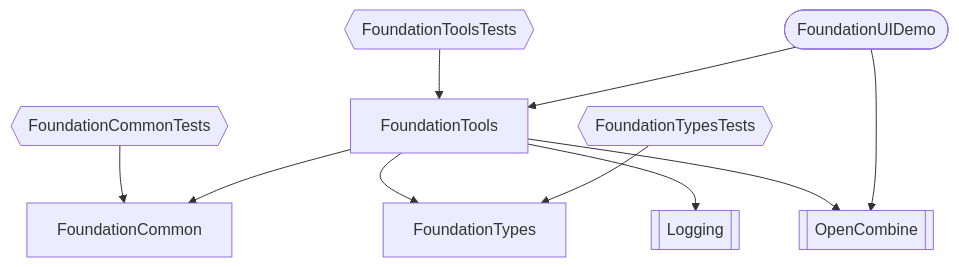
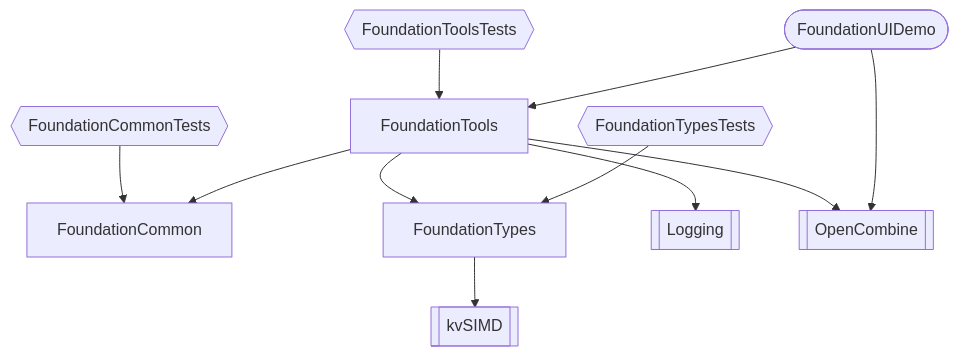
One commit to kopecn/spmFoundationTools changed the diagram in readme.md. Above: the diagram before and after it, drawn with Mermaid.

Commit message:
updating mermaid

````diff
--- a/readme.md
+++ b/readme.md
@@ -8,14 +8,14 @@
 ```mermaid
 flowchart TD
     FoundationCommon
     FoundationCommonTests{{FoundationCommonTests}}-->FoundationCommon
     FoundationTools-->FoundationCommon
     FoundationTools-->FoundationTypes
     FoundationTools-->Logging[[Logging]]
     FoundationTools-->OpenCombine[[OpenCombine]]
     FoundationToolsTests{{FoundationToolsTests}}-->FoundationTools
-    FoundationTypes
+    FoundationTypes-->kvSIMD[[kvSIMD]]
     FoundationTypesTests{{FoundationTypesTests}}-->FoundationTypes
     FoundationUIDemo([FoundationUIDemo])-->FoundationTools
     FoundationUIDemo([FoundationUIDemo])-->OpenCombine[[OpenCombine]]
 ```
````
